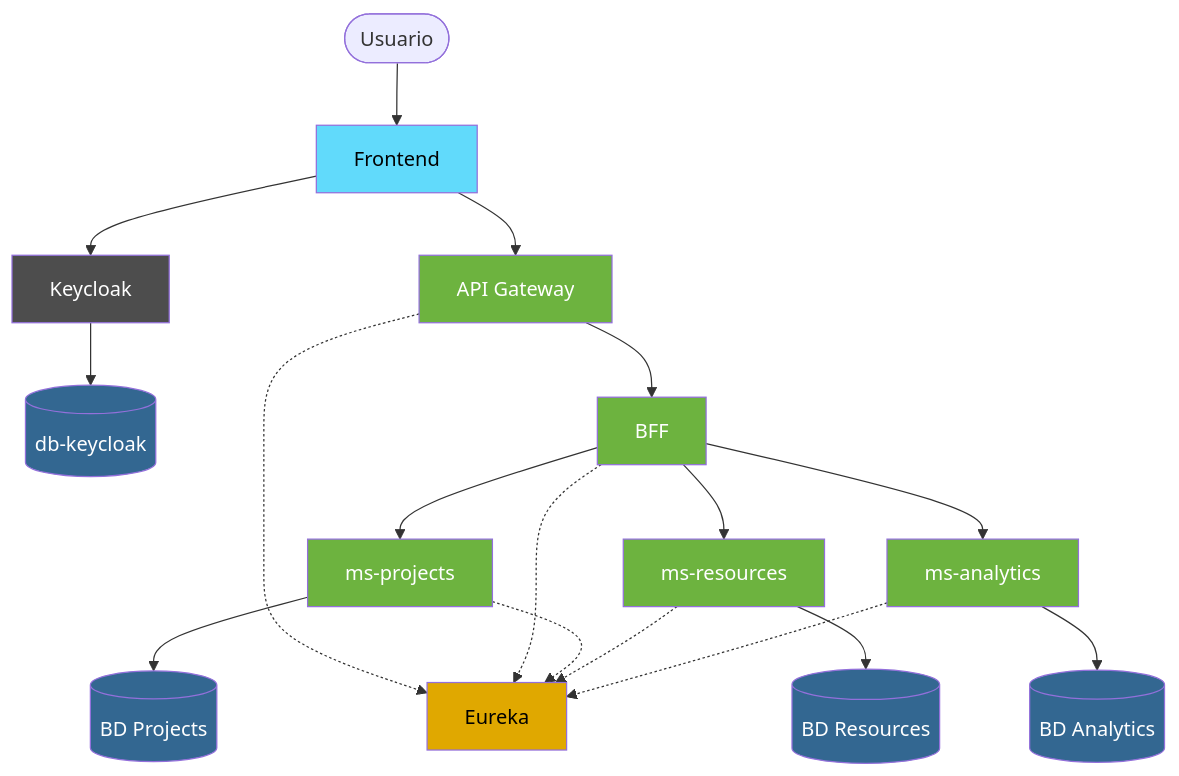
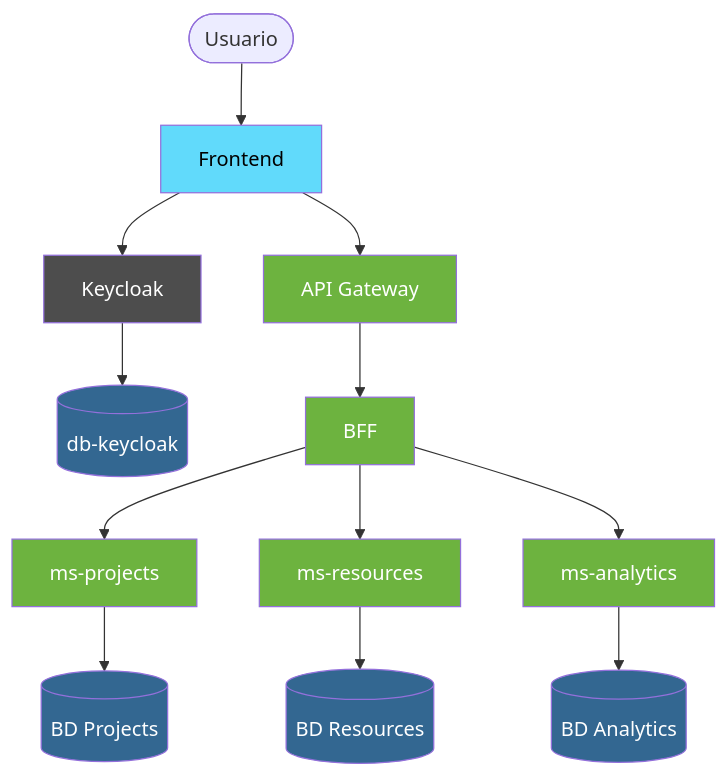
Before and after one commit to najescobar-ui/innovatechSolutionNEEP_FS: the first of 8 diagrams in README.md, drawn with Mermaid.

Commit message:
Documentacion README

````diff
--- a/README.md
+++ b/README.md
@@ -64,47 +64,39 @@
 ```mermaid
 graph TB
     User([Usuario])
     FE[Frontend]
     KC[Keycloak]
     DBKC[(db-keycloak)]
     GW[API Gateway]
     BFF[BFF]
-    EUREKA[Eureka]
     MSP[ms-projects]
     MSR[ms-resources]
     MSA[ms-analytics]
     DBP[(BD Projects)]
     DBR[(BD Resources)]
     DBA[(BD Analytics)]
 
     User --> FE
     FE --> GW
     FE --> KC
     KC --> DBKC
     GW --> BFF
     BFF --> MSP
     BFF --> MSR
     BFF --> MSA
     MSP --> DBP
     MSR --> DBR
     MSA --> DBA
 
-    GW -.-> EUREKA
-    BFF -.-> EUREKA
-    MSP -.-> EUREKA
-    MSR -.-> EUREKA
-    MSA -.-> EUREKA
-
     style FE fill:#61DAFB,color:#000
     style KC fill:#4D4D4D,color:#fff
     style GW fill:#6DB33F,color:#fff
     style BFF fill:#6DB33F,color:#fff
-    style EUREKA fill:#E0A800,color:#000
     style MSP fill:#6DB33F,color:#fff
     style MSR fill:#6DB33F,color:#fff
     style MSA fill:#6DB33F,color:#fff
     style DBP fill:#336791,color:#fff
     style DBR fill:#336791,color:#fff
     style DBA fill:#336791,color:#fff
     style DBKC fill:#336791,color:#fff
 ```
````
